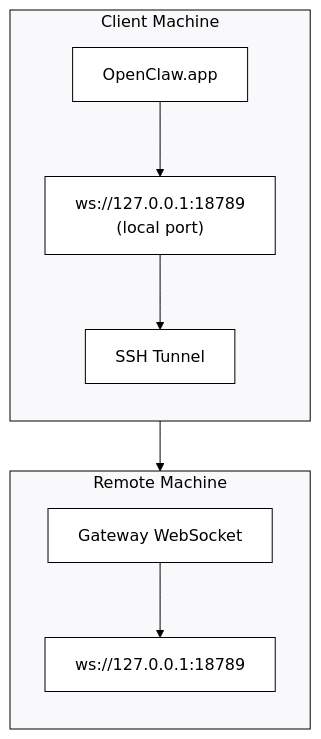
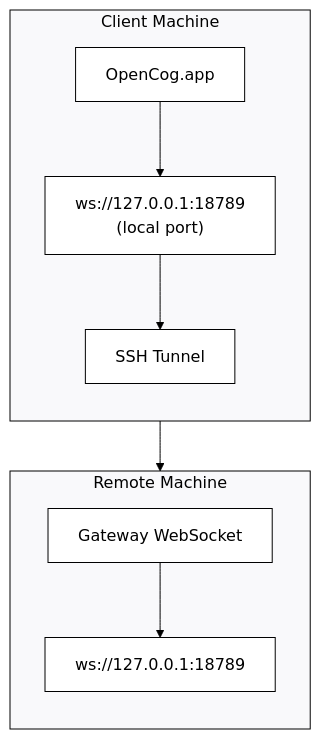
Before and after one commit to cogpy/clawcog: the diagram in docs/gateway/remote-gateway-readme.md, drawn with Mermaid. The commit also changed other lines of this file and 3056 other files, not shown here.

First line of the commit message:
Rebrand OpenClaw to OpenCog across entire codebase

````diff
--- a/docs/gateway/remote-gateway-readme.md
+++ b/docs/gateway/remote-gateway-readme.md
@@ -13,36 +13,36 @@
 ```mermaid
 %%{init: {
   'theme': 'base',
   'themeVariables': {
     'primaryColor': '#ffffff',
     'primaryTextColor': '#000000',
     'primaryBorderColor': '#000000',
     'lineColor': '#000000',
     'secondaryColor': '#f9f9fb',
     'tertiaryColor': '#ffffff',
     'clusterBkg': '#f9f9fb',
     'clusterBorder': '#000000',
     'nodeBorder': '#000000',
     'mainBkg': '#ffffff',
     'edgeLabelBackground': '#ffffff'
   }
 }}%%
 flowchart TB
     subgraph Client["Client Machine"]
         direction TB
-        A["OpenClaw.app"]
+        A["OpenCog.app"]
         B["ws://127.0.0.1:18789\n(local port)"]
         T["SSH Tunnel"]
 
         A --> B
         B --> T
     end
     subgraph Remote["Remote Machine"]
         direction TB
         C["Gateway WebSocket"]
         D["ws://127.0.0.1:18789"]
 
         C --> D
     end
     T --> C
 ```
````
